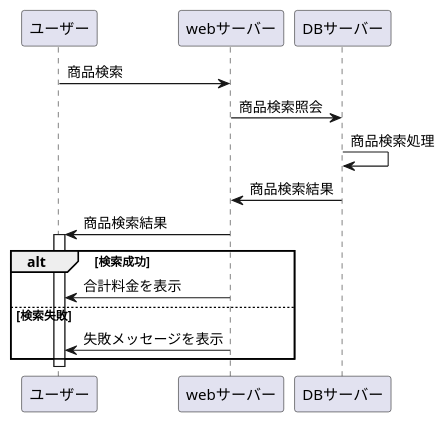
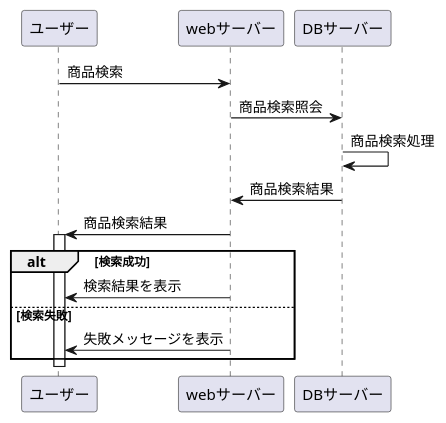
Before and after one commit to Aso2001397/2021sys-design: the second of 3 diagrams in 2001397.md, drawn with PlantUML.

````diff
--- a/2001397.md
+++ b/2001397.md
@@ -22,19 +22,19 @@
 ```uml
 @startuml 
 ユーザー -> webサーバー : 商品検索
 webサーバー -> DBサーバー : 商品検索照会
 DBサーバー -> DBサーバー : 商品検索処理
 DBサーバー -> webサーバー : 商品検索結果
 webサーバー -> ユーザー : 商品検索結果
 
 activate ユーザー
 
 alt 検索成功
-webサーバー -> ユーザー : 合計料金を表示
+webサーバー -> ユーザー : 検索結果を表示
 else 検索失敗
 webサーバー -> ユーザー : 失敗メッセージを表示
 end
 
 deactivate ユーザー
 @enduml
 ```
````
